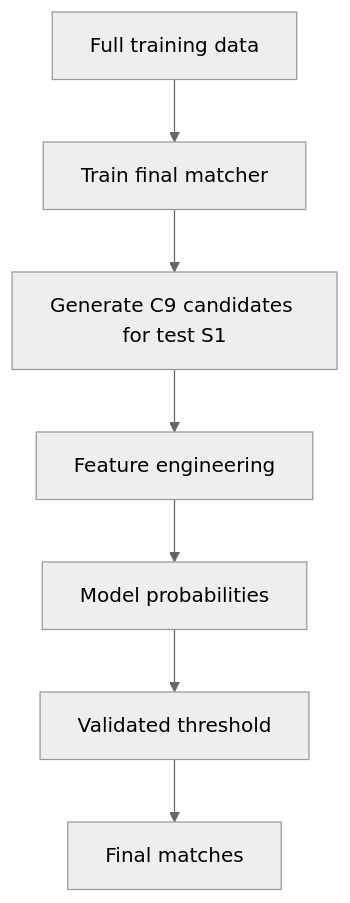
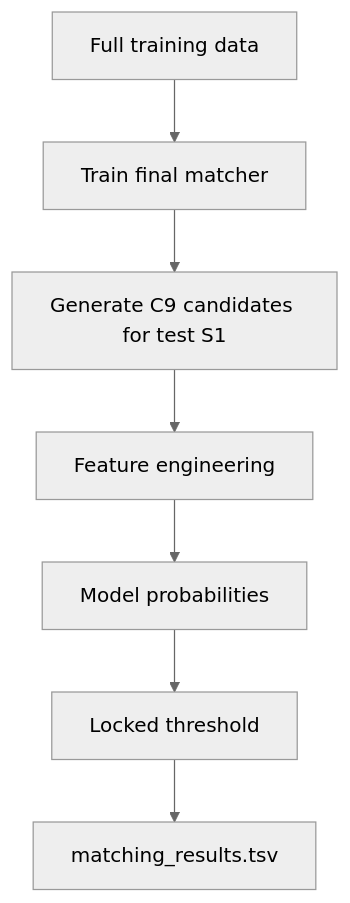
The sixth of 6 diagrams in README.md (DharmiSapariya/Amazom_ML_Challenge_2026), drawn with Mermaid (neutral theme) before and after one commit. The commit also changed other lines of this file, not shown here.

````diff
--- a/README.md
+++ b/README.md
@@ -424,9 +340,9 @@
 ```mermaid
 flowchart TD
-    A[Full training data] --> B[Train final matcher]
-    B --> C[Generate C9 candidates for test S1]
-    C --> D[Feature engineering]
-    D --> E[Model probabilities]
-    E --> F[Validated threshold]
-    F --> G[Final matches]
+    A["Full training data"] --> B["Train final matcher"]
+    B --> C["Generate C9 candidates for test S1"]
+    C --> D["Feature engineering"]
+    D --> E["Model probabilities"]
+    E --> F["Locked threshold"]
+    F --> G["matching_results.tsv"]
 ```
````
